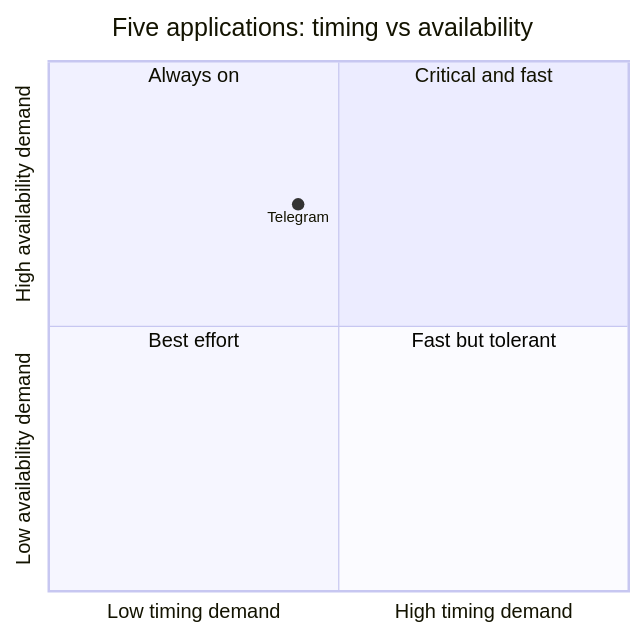
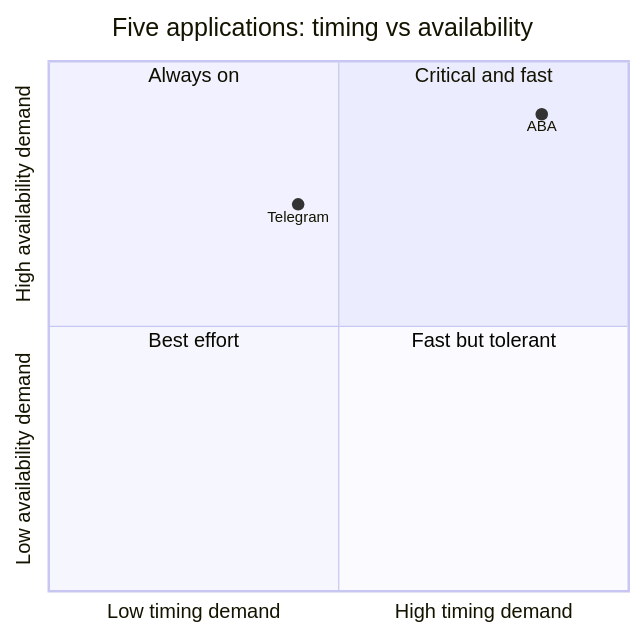
The diagram in lab-02/app-quadrant.mmd (chungseang123-alt/clubhub-certifiedvibecoder), drawn with Mermaid before and after one commit.

Commit message:
Add ABA to quadrant chart

```diff
--- a/lab-02/app-quadrant.mmd
+++ b/lab-02/app-quadrant.mmd
@@ -1,10 +1,11 @@
 quadrantChart
   title Five applications: timing vs availability
   x-axis Low timing demand --> High timing demand
   y-axis Low availability demand --> High availability demand
   quadrant-1 Critical and fast
   quadrant-2 Always on
   quadrant-3 Best effort
   quadrant-4 Fast but tolerant
   Telegram: [0.43, 0.73]
+  ABA: [0.85, 0.90]
   %% TODO: add the other four (values 0 to 1)
```
